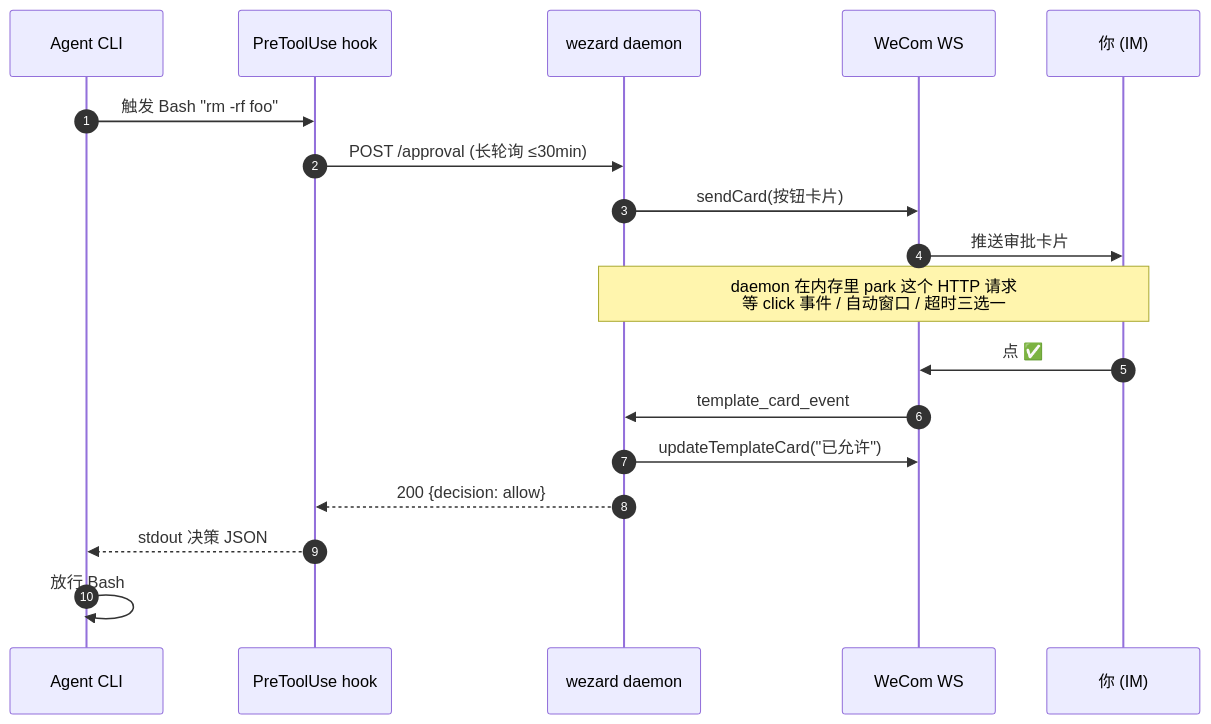
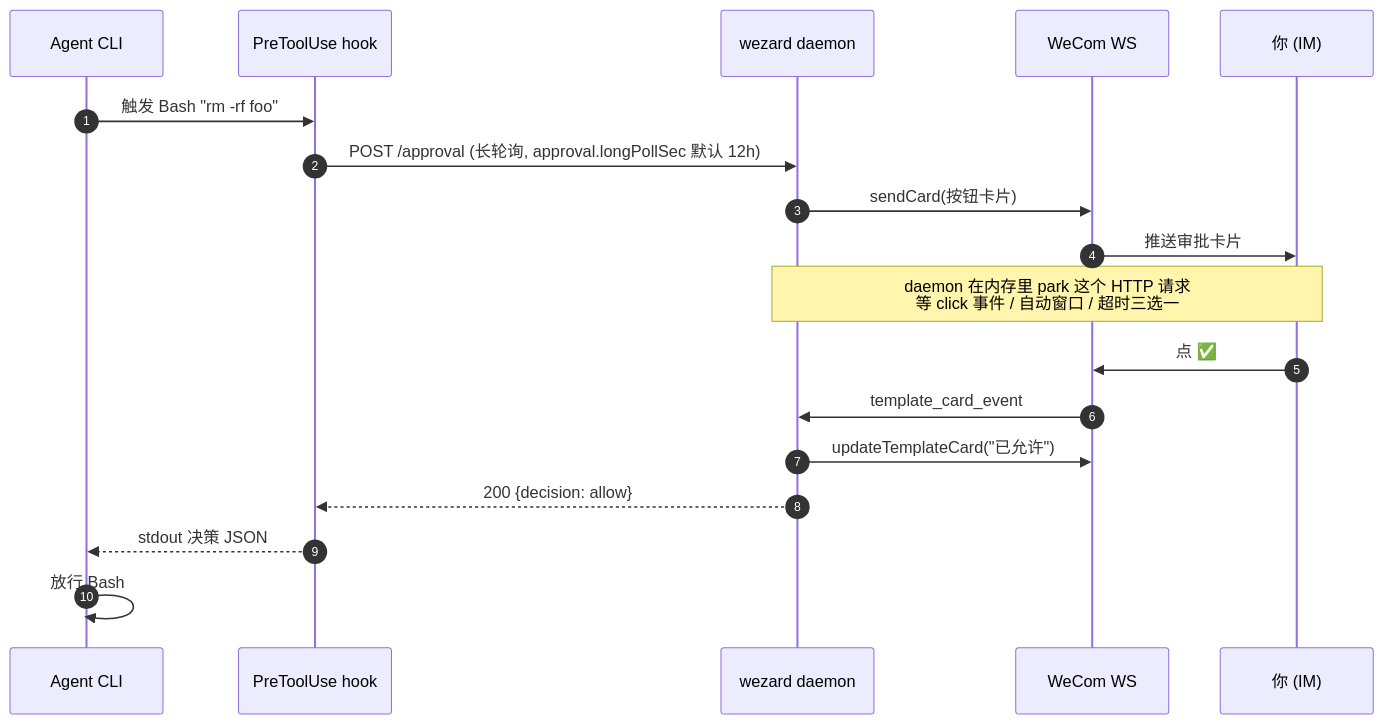
One commit to guxi11/wezard changed the second of 10 diagrams in 技术说明.md. Above: the diagram before and after it, drawn with Mermaid. The commit also changed other lines of this file and 2 other files, not shown here.

First line of the commit message:
docs: 对外文档补图, 并修正 5 处与代码不符的说法

````diff
--- a/技术说明.md
+++ b/技术说明.md
@@ -27,21 +32,21 @@
 ```mermaid
 sequenceDiagram
     autonumber
     participant CC as Agent CLI
     participant Hook as PreToolUse hook
     participant D as wezard daemon
     participant WS as WeCom WS
     participant U as 你 (IM)
 
     CC->>Hook: 触发 Bash "rm -rf foo"
-    Hook->>D: POST /approval (长轮询 ≤30min)
+    Hook->>D: POST /approval (长轮询, approval.longPollSec 默认 12h)
     D->>WS: sendCard(按钮卡片)
     WS->>U: 推送审批卡片
     Note over D,U: daemon 在内存里 park 这个 HTTP 请求<br/>等 click 事件 / 自动窗口 / 超时三选一
     U->>WS: 点 ✅
     WS->>D: template_card_event
     D->>WS: updateTemplateCard("已允许")
     D-->>Hook: 200 {decision: allow}
     Hook-->>CC: stdout 决策 JSON
     CC->>CC: 放行 Bash
 ```
````
